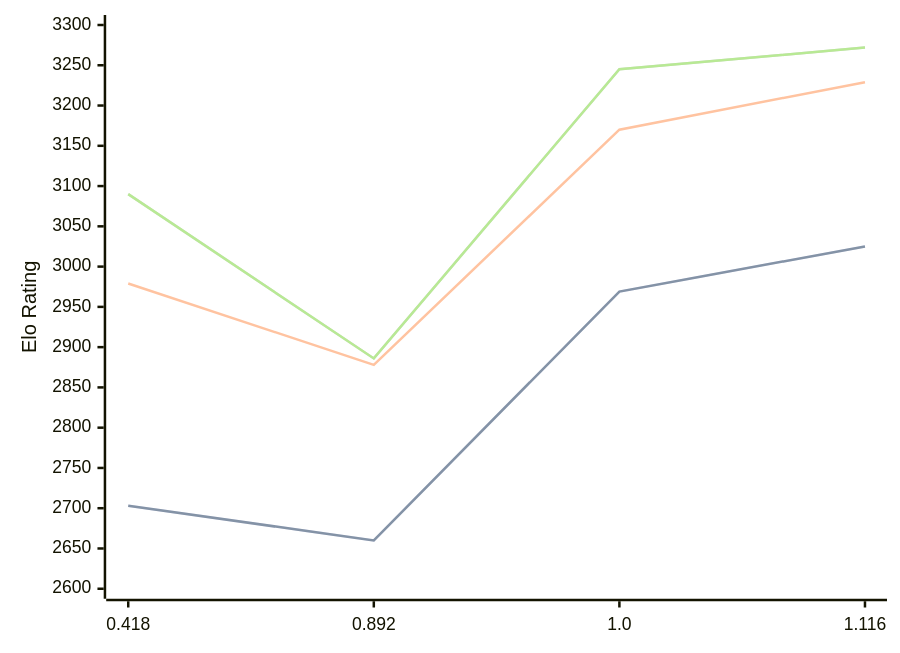
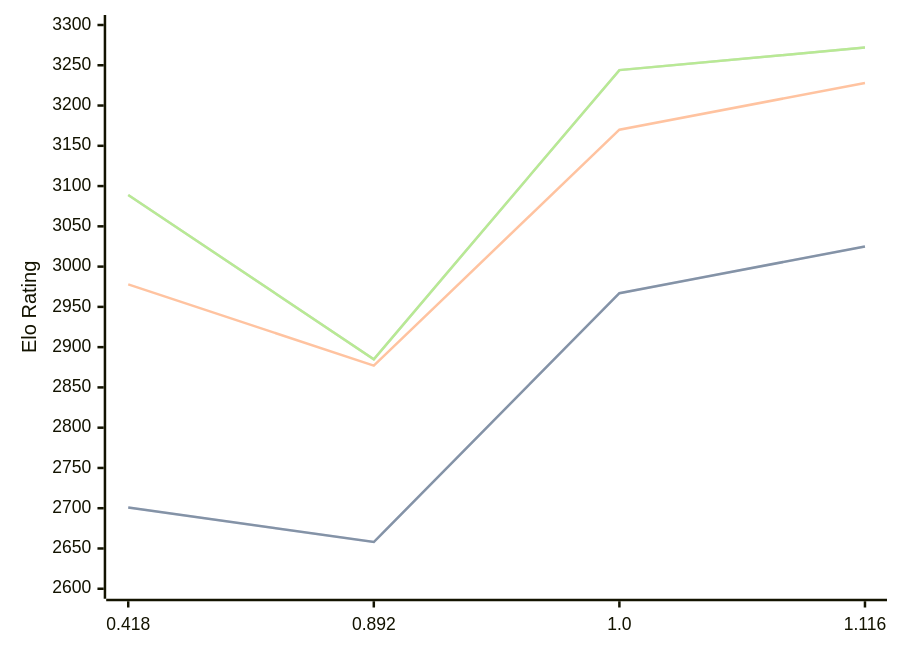
One commit to computer-chess-index/cci changed the diagram in engines/Malika.md. Above: the diagram before and after it, drawn with Mermaid. The commit also changed other lines of this file, not shown here.

Commit message:
Update CCI Ratings (ELO VLTC) - 2026-06-07

````diff
--- a/engines/Malika.md
+++ b/engines/Malika.md
@@ -34,11 +34,11 @@
 ```mermaid
 %%{init: {"theme":"base","themeVariables":{"seriesColors:['#a3a3a3','#222221','#faa371']}}}%%
 xychart-beta
   x-axis ["0.418", "0.892", "1.0", "1.116"]
   y-axis "Elo Rating" 2600 --> 3300
-  line "STC (8.0+0.08s)" [2703, 2660, 2969, 3025]
-  line "STC (8.0+0.08s)" [2703, 2660, 2969, 3025]
-  line "LTC (60.0+0.60s)" [2979, 2878, 3170, 3229]
-  line "VLTC (2m24s+1.12s)" [3090, 2886, 3245, 3272]
-  line "VLTC (2m24s+1.12s)" [3090, 2886, 3245, 3272]
+  line "STC (8.0+0.08s)" [2701, 2658, 2967, 3025]
+  line "STC (8.0+0.08s)" [2701, 2658, 2967, 3025]
+  line "LTC (60.0+0.60s)" [2978, 2877, 3170, 3228]
+  line "VLTC (2m24s+1.12s)" [3089, 2885, 3244, 3272]
+  line "VLTC (2m24s+1.12s)" [3089, 2885, 3244, 3272]
 ```
````
